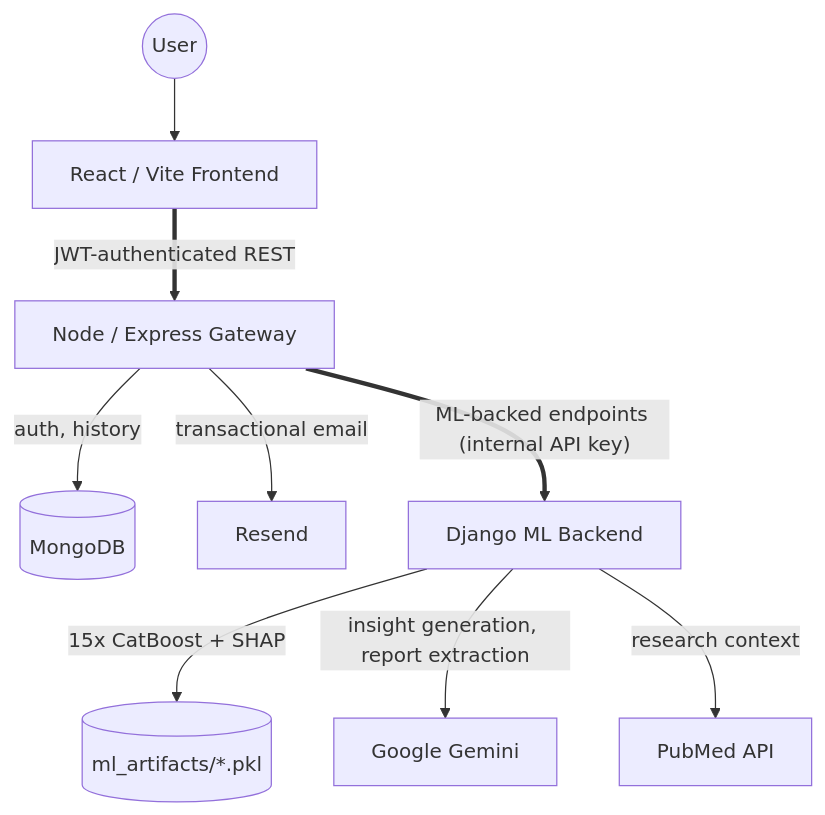
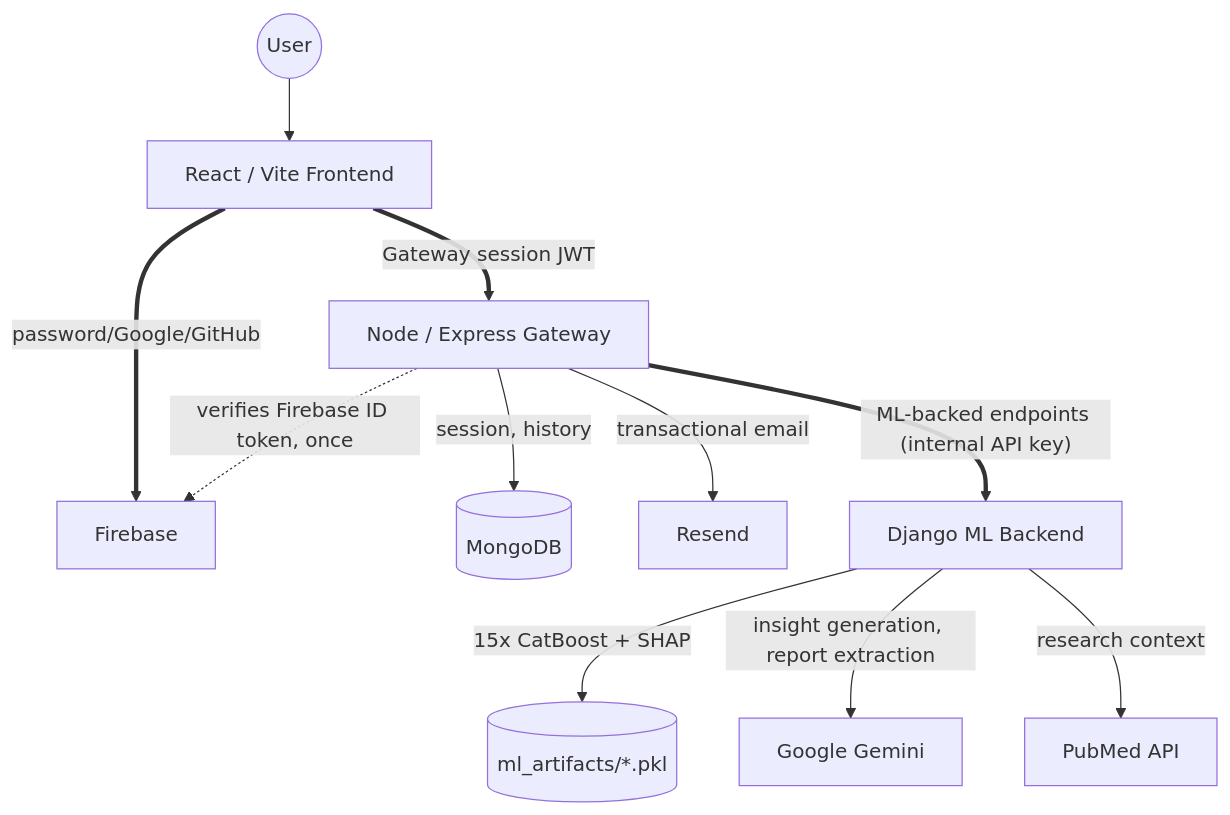
One commit to dhyeydaftary/antibiotic-resistance-intelligence-platform changed the first of 3 diagrams in README.md. Above: the diagram before and after it, drawn with Mermaid. The commit also changed other lines of this file and 44 other files, not shown here.

First line of the commit message:
feat(auth): migrate to Firebase as identity provider (ADR-0005)

````diff
--- a/README.md
+++ b/README.md
@@ -110,11 +110,13 @@
 ```mermaid
 flowchart TD
     User(("User")) --> FE["React / Vite Frontend"]
-    FE ==>|"JWT-authenticated REST"| GW["Node / Express Gateway"]
-    GW -->|"auth, history"| DB[("MongoDB")]
+    FE ==>|"password/Google/GitHub"| FB["Firebase"]
+    FE ==>|"Gateway session JWT"| GW["Node / Express Gateway"]
+    GW -.->|"verifies Firebase ID token, once"| FB
+    GW -->|"session, history"| DB[("MongoDB")]
     GW -->|"transactional email"| Resend["Resend"]
     GW ==>|"ML-backed endpoints (internal API key)"| ML["Django ML Backend"]
     ML -->|"15x CatBoost + SHAP"| Models[("ml_artifacts/*.pkl")]
     ML -->|"insight generation, report extraction"| Gemini["Google Gemini"]
     ML -->|"research context"| PubMed["PubMed API"]
 ```
````
